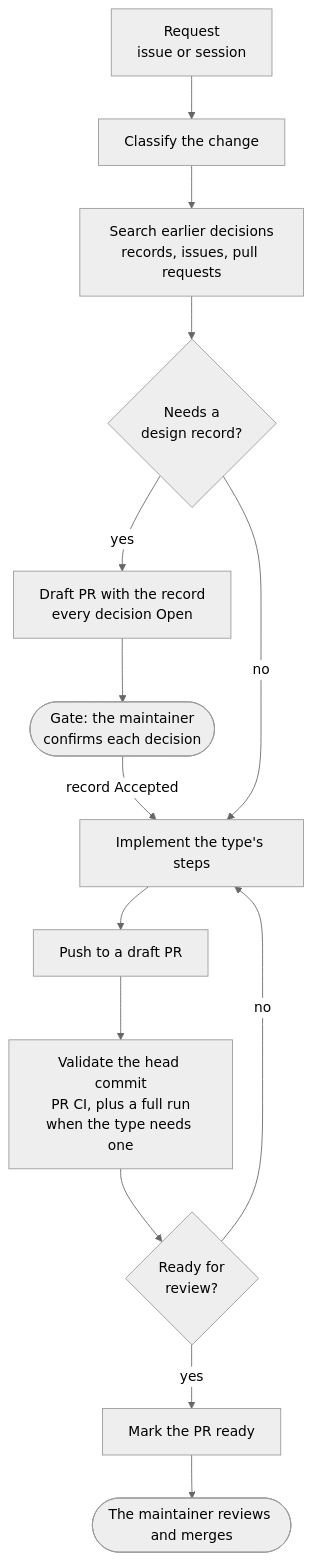
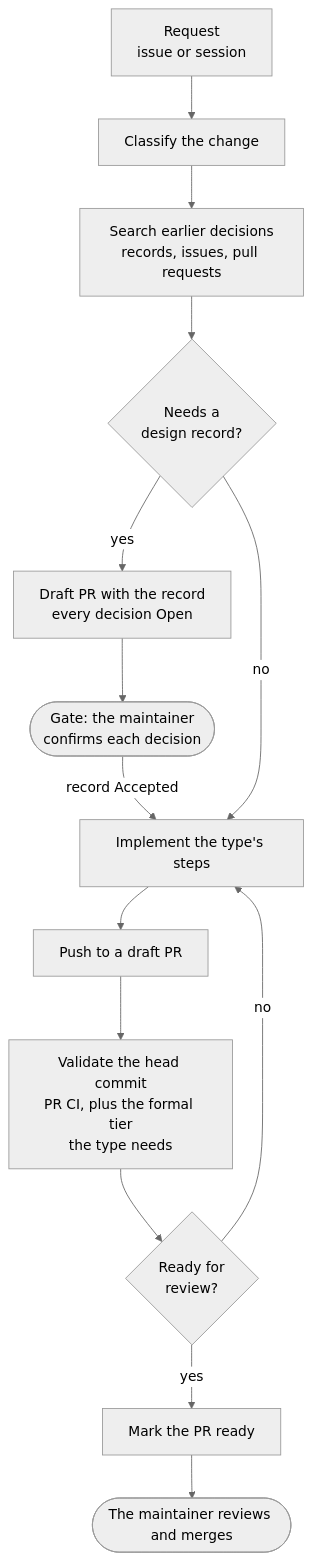
The second of 4 diagrams in DEVELOPMENT_PROCESS.md (lan17/DialCache), drawn with Mermaid (neutral theme) before and after one commit. The commit also changed other lines of this file and 7 other files, not shown here.

````diff
--- a/DEVELOPMENT_PROCESS.md
+++ b/DEVELOPMENT_PROCESS.md
@@ -55,16 +55,16 @@
 ```mermaid
 flowchart TD
   A["Request<br/>issue or session"] --> B["Classify the change"]
   B --> S["Search earlier decisions<br/>records, issues, pull requests"]
   S --> N{"Needs a<br/>design record?"}
   N -->|yes| W["Draft PR with the record<br/>every decision Open"]
   W --> G(["Gate: the maintainer<br/>confirms each decision"])
   G -->|record Accepted| I["Implement the type's steps"]
   N -->|no| I
   I --> P["Push to a draft PR"]
-  P --> V["Validate the head commit<br/>PR CI, plus a full run<br/>when the type needs one"]
+  P --> V["Validate the head commit<br/>PR CI, plus the formal tier<br/>the type needs"]
   V --> F{"Ready for<br/>review?"}
   F -->|no| I
   F -->|yes| RD["Mark the PR ready"]
   RD --> M(["The maintainer reviews and merges"])
 ```
````
